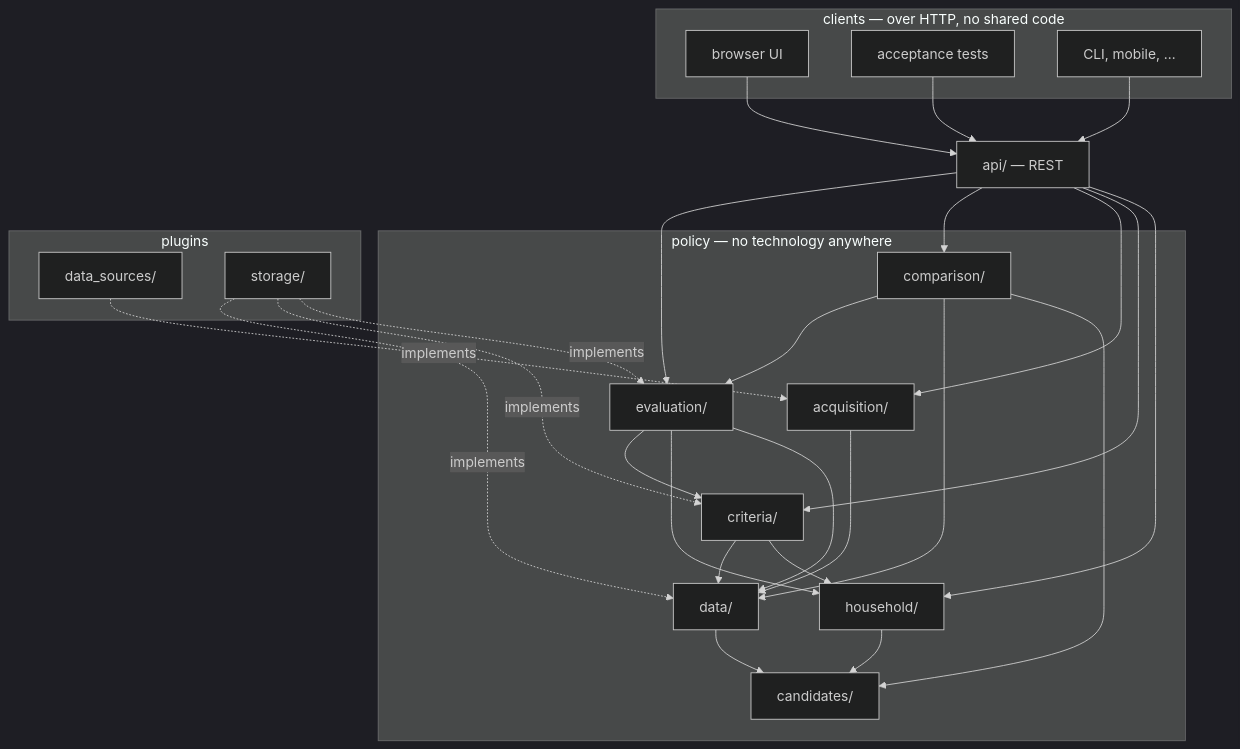
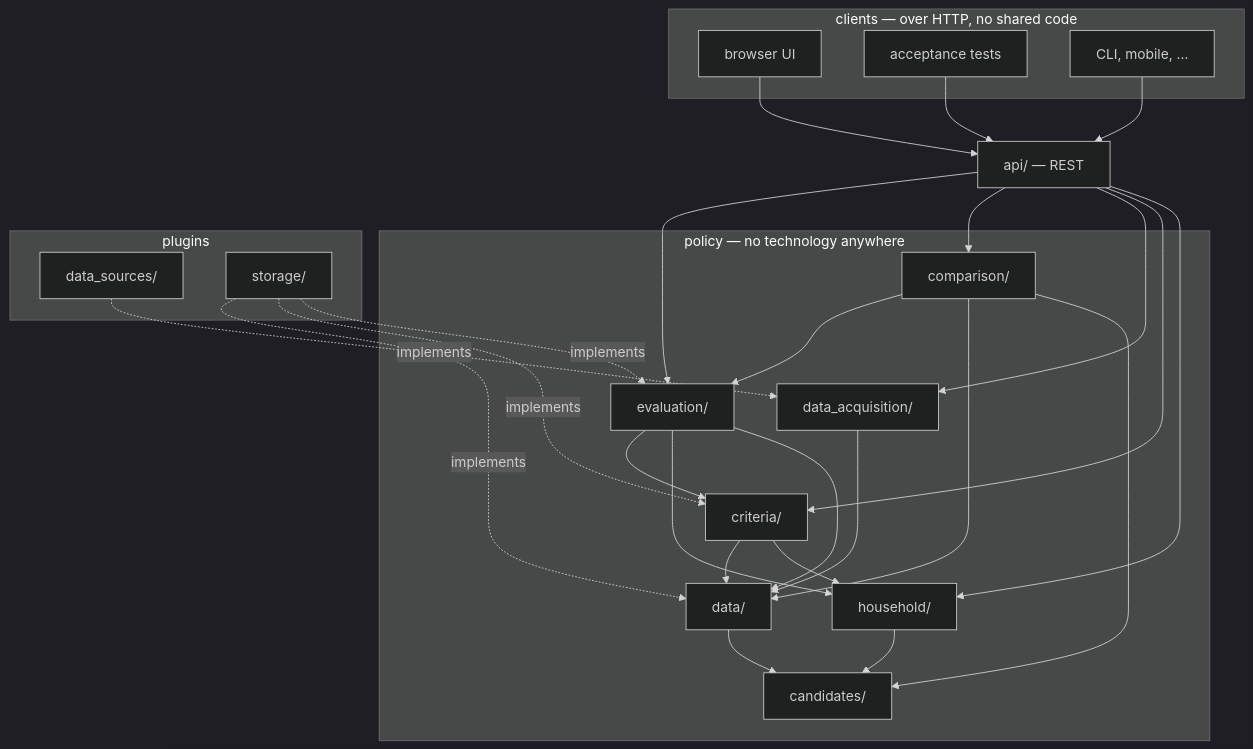
The diagram in arch.md (alexmstancu/starnest), drawn with Mermaid (dark theme) before and after one commit. The commit also changed other lines of this file and 2 other files, not shown here.

First line of the commit message:
docs: rename acquisition to data acquisition throughout

````diff
--- a/arch.md
+++ b/arch.md
@@ -505,52 +505,52 @@
 ```mermaid
 flowchart TD
     subgraph clients["clients — over HTTP, no shared code"]
         ui["browser UI"]
         tests["acceptance tests"]
         future["CLI, mobile, …"]
     end
 
     api["api/ — REST"]
 
     subgraph policy["policy — no technology anywhere"]
         comparison["comparison/"]
         evaluation["evaluation/"]
-        acquisition["acquisition/"]
+        data_acquisition["data_acquisition/"]
         criteria["criteria/"]
         household["household/"]
         data["data/"]
         candidates["candidates/"]
     end
 
     subgraph plugins["plugins"]
         data_sources["data_sources/"]
         storage["storage/"]
     end
 
     ui --> api
     tests --> api
     future --> api
 
     api --> evaluation
     api --> comparison
-    api --> acquisition
+    api --> data_acquisition
     api --> criteria
     api --> household
 
     comparison --> evaluation
     comparison --> data
     evaluation --> criteria
     evaluation --> household
     evaluation --> data
-    acquisition --> data
+    data_acquisition --> data
     criteria --> data
     criteria --> household
     data --> candidates
     household --> candidates
     comparison --> candidates
 
-    data_sources -.implements.-> acquisition
+    data_sources -.implements.-> data_acquisition
     storage -.implements.-> data
     storage -.implements.-> criteria
     storage -.implements.-> evaluation
 ```
````
